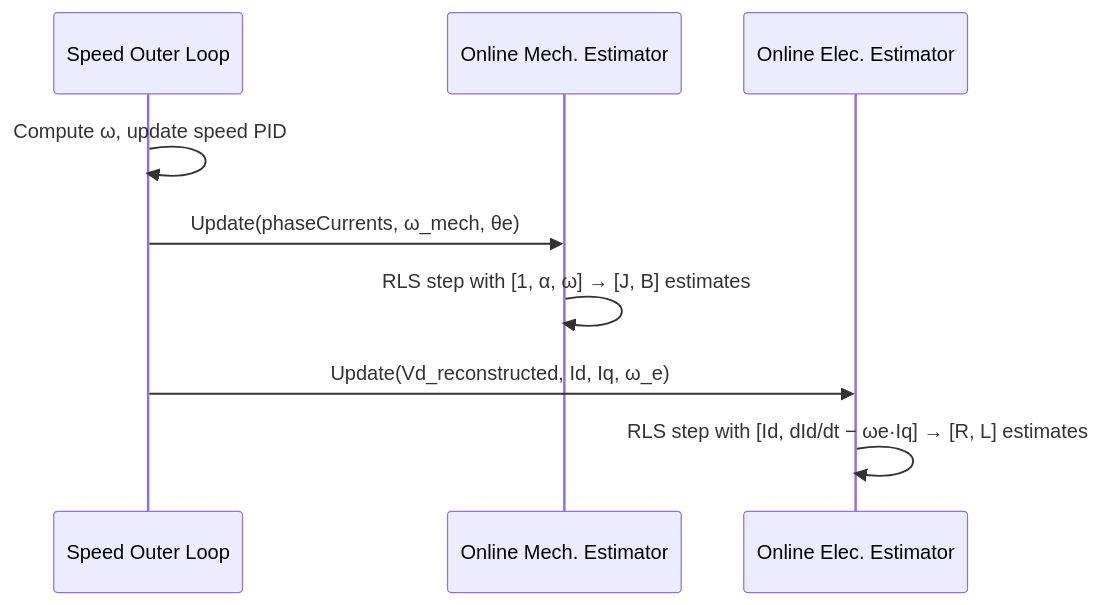
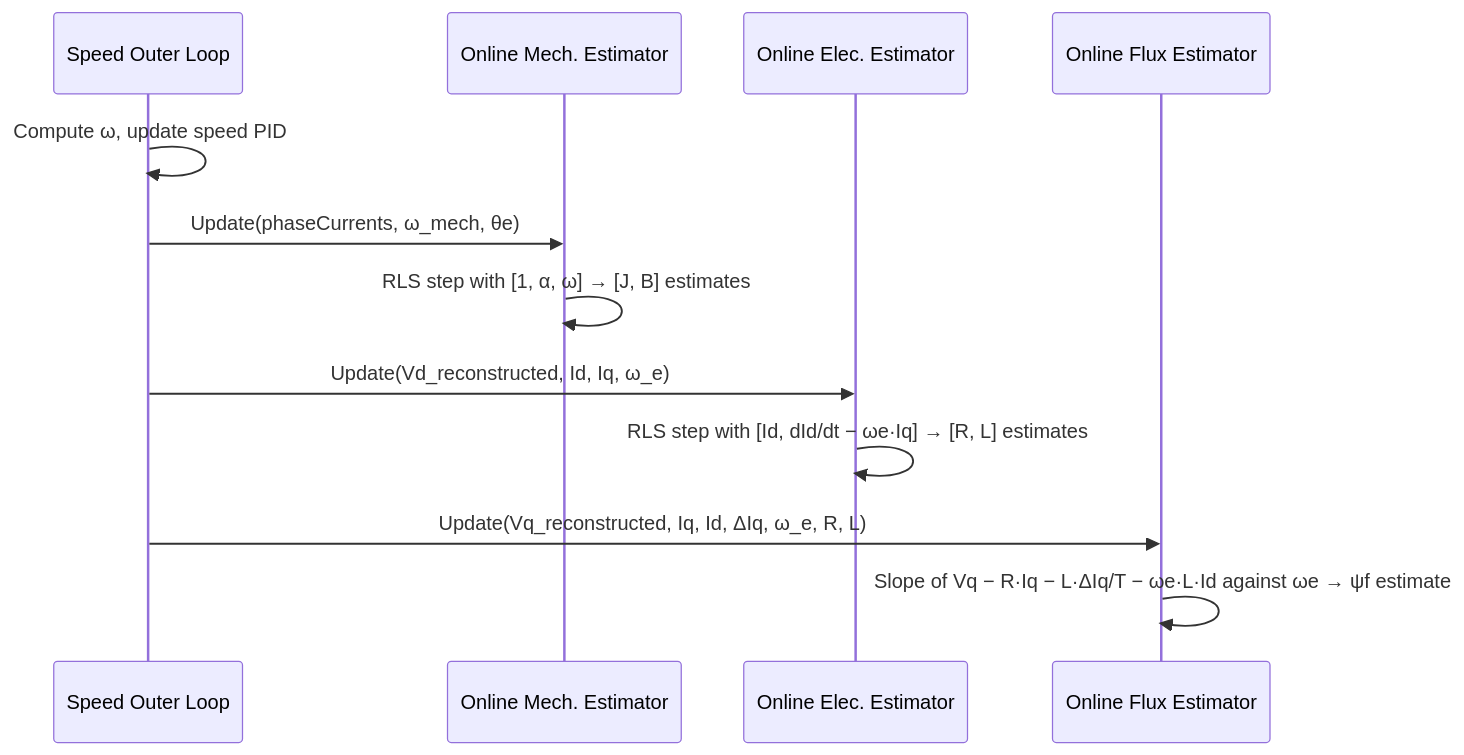
Before and after one commit to embedded-pro/e-foc: the fifth of 5 diagrams in documentation/design/foc-speed.md, drawn with Mermaid. The commit also changed other lines of this file, not shown here.

First line of the commit message:
docs: add the flux linkage estimator to the speed loop design

````diff
--- a/documentation/design/foc-speed.md
+++ b/documentation/design/foc-speed.md
@@ -266,12 +267,15 @@
 ```mermaid
 sequenceDiagram
     participant OuterLoop as Speed Outer Loop
     participant ME as Online Mech. Estimator
     participant EE as Online Elec. Estimator
+    participant FE as Online Flux Estimator
 
     OuterLoop->>OuterLoop: Compute ω, update speed PID
     OuterLoop->>ME: Update(phaseCurrents, ω_mech, θe)
     ME->>ME: RLS step with [1, α, ω] → [J, B] estimates
     OuterLoop->>EE: Update(Vd_reconstructed, Id, Iq, ω_e)
     EE->>EE: RLS step with [Id, dId/dt − ωe·Iq] → [R, L] estimates
+    OuterLoop->>FE: Update(Vq_reconstructed, Iq, Id, ΔIq, ω_e, R, L)
+    FE->>FE: Slope of Vq − R·Iq − L·ΔIq/T − ωe·L·Id against ωe → ψf estimate
 ```
````
